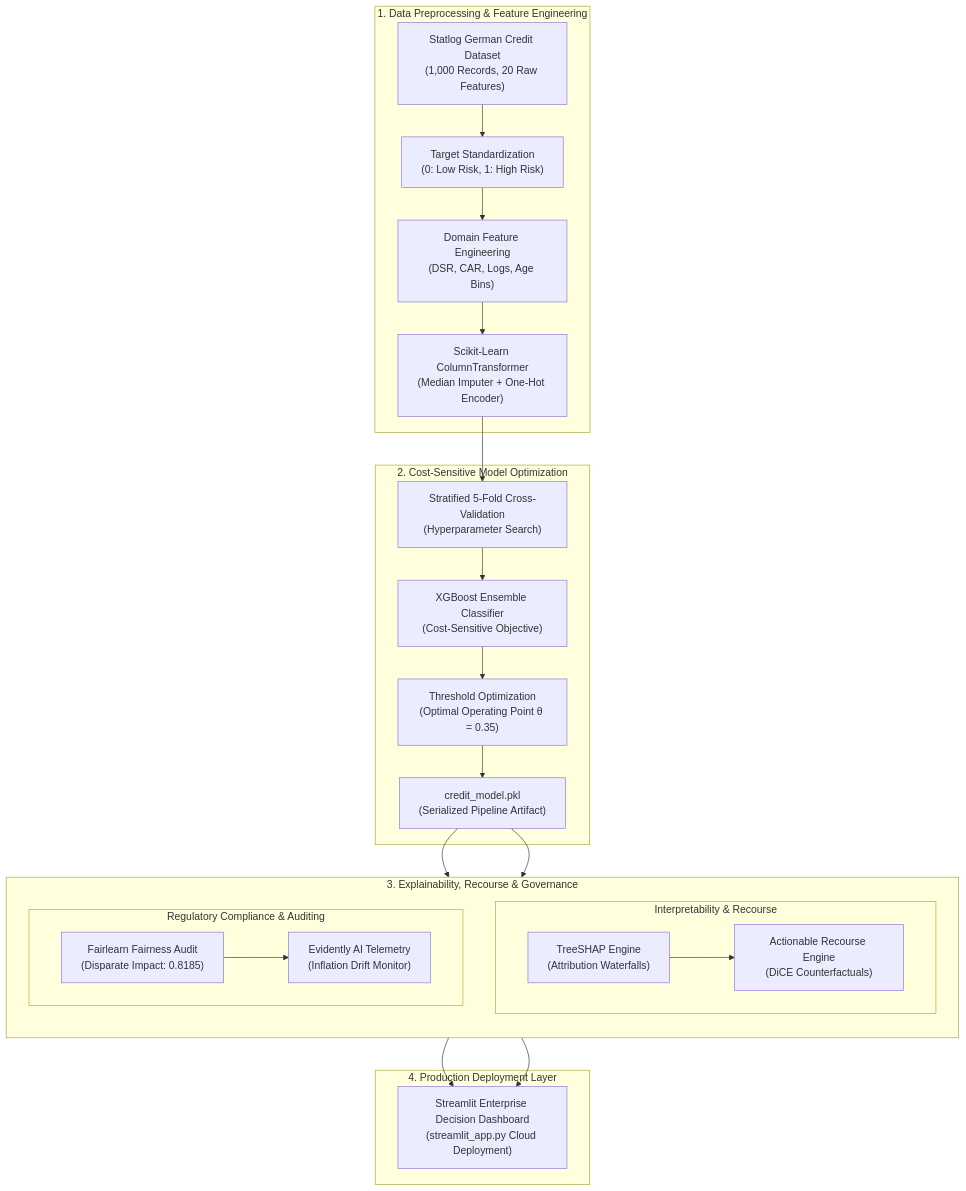
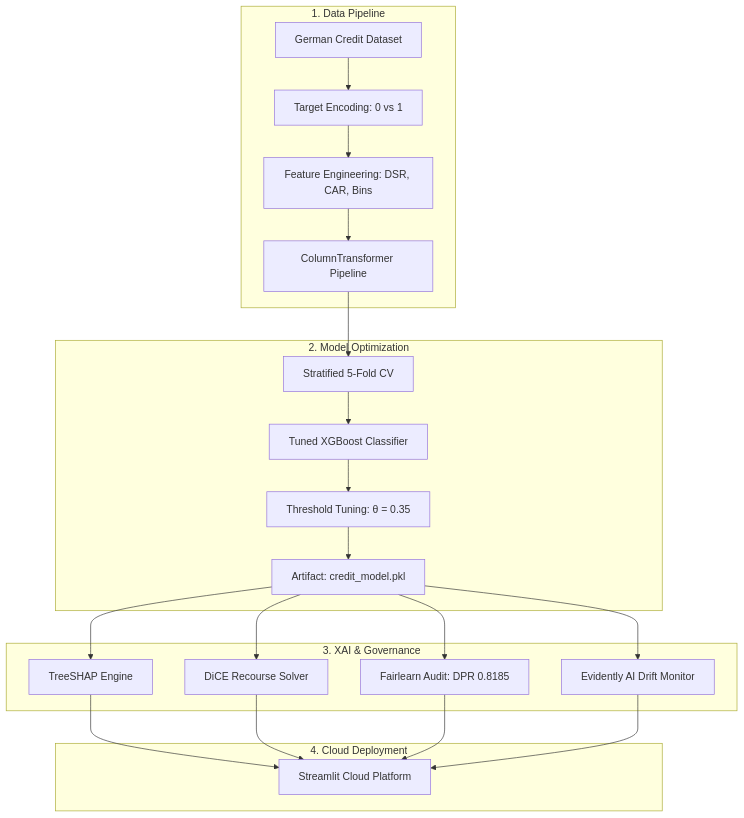
The first of 2 diagrams in README.md (codemidas04/Opac_new), drawn with Mermaid before and after one commit. The commit also changed other lines of this file, not shown here.

Commit message:
docs: resolve Mermaid text truncation with native SVG nodes and add module specs

````diff
--- a/README.md
+++ b/README.md
@@ -61,42 +61,29 @@
 ```mermaid
 flowchart TD
-    subgraph Data_Pipeline [1. Data Preprocessing & Feature Engineering]
-        A["Statlog German Credit Dataset<br/>(1,000 Records, 20 Raw Features)"]
-        B["Target Standardization<br/>(0: Low Risk, 1: High Risk)"]
-        C["Domain Feature Engineering<br/>(DSR, CAR, Logs, Age Bins)"]
-        D["Scikit-Learn ColumnTransformer<br/>(Median Imputer + One-Hot Encoder)"]
-        A --> B --> C --> D
+    subgraph S1 [1. Data Pipeline]
+        A[German Credit Dataset] --> B[Target Encoding: 0 vs 1]
+        B --> C[Feature Engineering: DSR, CAR, Bins]
+        C --> D[ColumnTransformer Pipeline]
     end
 
-    subgraph Model_Engine [2. Cost-Sensitive Model Optimization]
-        E["Stratified 5-Fold Cross-Validation<br/>(Hyperparameter Search)"]
-        F["XGBoost Ensemble Classifier<br/>(Cost-Sensitive Objective)"]
-        G["Threshold Optimization<br/>(Optimal Operating Point θ = 0.35)"]
-        H["credit_model.pkl<br/>(Serialized Pipeline Artifact)"]
-        E --> F --> G --> H
+    subgraph S2 [2. Model Optimization]
+        D --> E[Stratified 5-Fold CV]
+        E --> F[Tuned XGBoost Classifier]
+        F --> G[Threshold Tuning: θ = 0.35]
+        G --> H[Artifact: credit_model.pkl]
     end
 
-    subgraph Governance_Layer [3. Explainability, Recourse & Governance]
-        direction TB
-        subgraph Sub_XAI [Interpretability & Recourse]
-            I["TreeSHAP Engine<br/>(Attribution Waterfalls)"]
-            J["Actionable Recourse Engine<br/>(DiCE Counterfactuals)"]
-            I --> J
-        end
-        subgraph Sub_Audit [Regulatory Compliance & Auditing]
-            K["Fairlearn Fairness Audit<br/>(Disparate Impact: 0.8185)"]
-            L["Evidently AI Telemetry<br/>(Inflation Drift Monitor)"]
-            K --> L
-        end
+    subgraph S3 [3. XAI & Governance]
+        H --> I[TreeSHAP Engine]
+        H --> J[DiCE Recourse Solver]
+        H --> K[Fairlearn Audit: DPR 0.8185]
+        H --> L[Evidently AI Drift Monitor]
     end
 
-    subgraph Production_Layer [4. Production Deployment Layer]
-        M["Streamlit Enterprise Decision Dashboard<br/>(streamlit_app.py Cloud Deployment)"]
+    subgraph S4 [4. Cloud Deployment]
+        I --> M[Streamlit Cloud Platform]
+        J --> M
+        K --> M
+        L --> M
     end
-
-    D --> E
-    H --> Sub_XAI
-    H --> Sub_Audit
-    Sub_XAI --> M
-    Sub_Audit --> M
 ```
````
